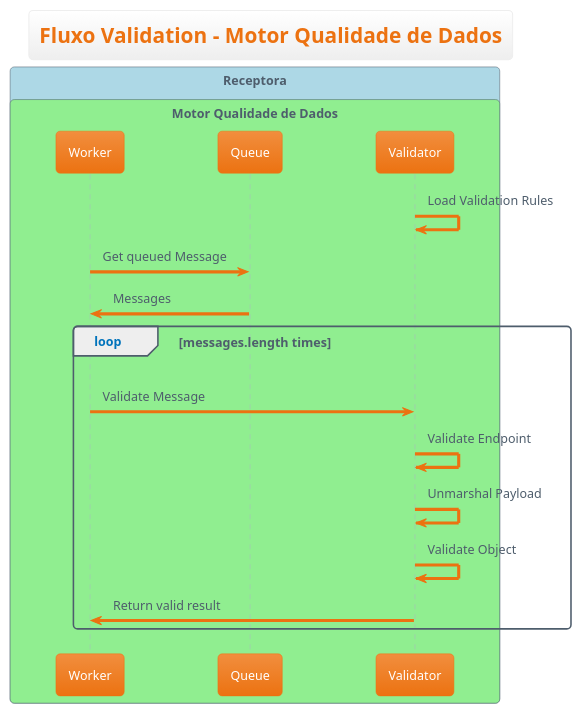
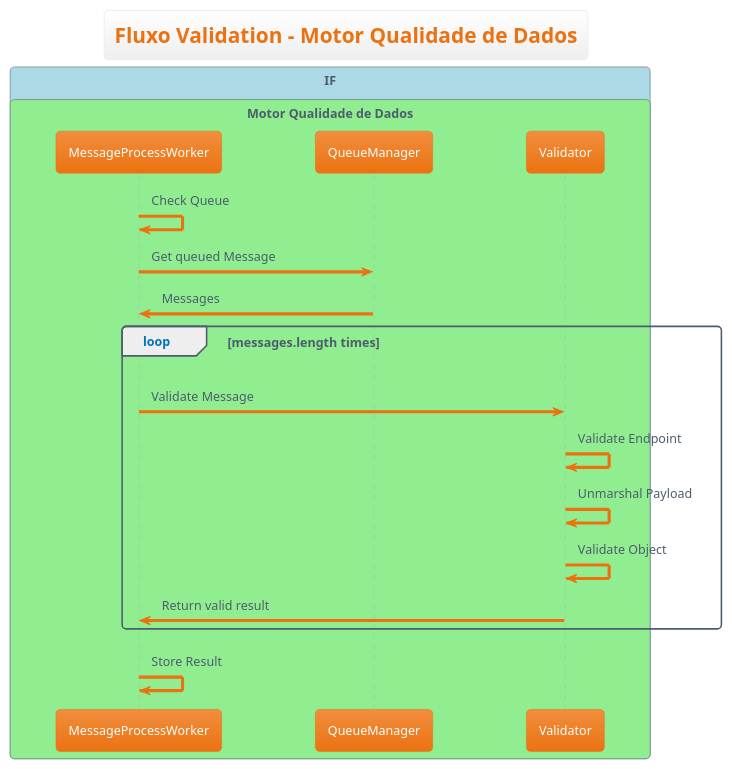
The diagram in docs/Arquitetura/desenhos/fluxo_Validation.puml (OpenBanking-Brasil/mqd-client), drawn with PlantUML before and after one commit. The commit also changed 40 other files, not shown here.

```diff
--- a/docs/Arquitetura/desenhos/fluxo_Validation.puml
+++ b/docs/Arquitetura/desenhos/fluxo_Validation.puml
@@ -1,26 +1,29 @@
 @startuml
 !theme aws-orange
 title Fluxo Validation - Motor Qualidade de Dados
 
 
 !pragma teoz true
-box "Receptora" #LightBlue
+box "IF" #LightBlue
   box "Motor Qualidade de Dados" #LightGreen
-    participant Worker
-    participant Queue
+    participant MessageProcessWorker
+    participant QueueManager
     participant Validator
   end box
 end box
 
-Validator -> Validator : Load Validation Rules
-Worker -> Queue : Get queued Message
-Queue -> Worker : Messages
+MessageProcessWorker -> MessageProcessWorker: Check Queue
+
+MessageProcessWorker -> QueueManager: Get queued Message
+QueueManager-> MessageProcessWorker: Messages
 loop messages.length times
-    Worker -> Validator : Validate Message
+    MessageProcessWorker-> Validator : Validate Message
     Validator -> Validator: Validate Endpoint
     Validator -> Validator: Unmarshal Payload
     Validator -> Validator : Validate Object
-    Validator -> Worker : Return valid result
+    Validator -> MessageProcessWorker: Return valid result
 end
 
+MessageProcessWorker -> MessageProcessWorker : Store Result
+
 @enduml
```
